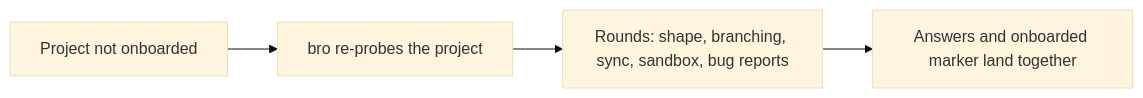
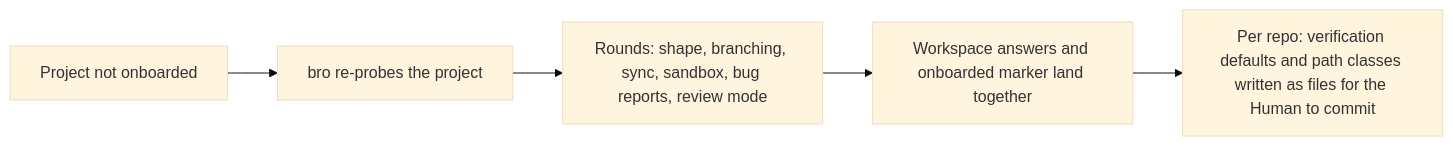
Before and after one commit to trustmybot/plugin: the second of 19 diagrams in docs/architecture/FLOWS.md, drawn with Mermaid (base theme). The commit also changed other lines of this file and 7 other files, not shown here.

````diff
--- a/docs/architecture/FLOWS.md
+++ b/docs/architecture/FLOWS.md
@@ -53,6 +53,7 @@
 ```mermaid
 flowchart LR
     A[Project not onboarded] --> B[bro re-probes the project]
-    B --> C[Rounds: shape, branching, sync, sandbox, bug reports]
-    C --> D[Answers and onboarded marker land together]
+    B --> C[Rounds: shape, branching, sync, sandbox, bug reports, review mode]
+    C --> D[Workspace answers and onboarded marker land together]
+    D --> E[Per repo: verification defaults and path classes written as files for the Human to commit]
 ```
````
